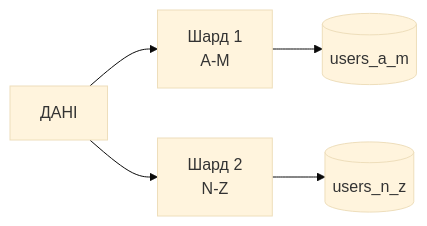
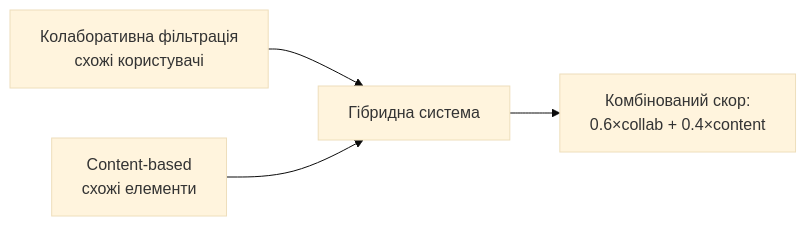
Before and after one commit to olroi421/course-bd: the third of 9 diagrams in presentations/presentation-16.md, drawn with Mermaid (base theme). The commit also changed other lines of this file and 26 other files, not shown here.

````diff
--- a/presentations/presentation-16.md
+++ b/presentations/presentation-16.md
@@ -145,8 +99,6 @@
 ```mermaid
 graph LR
-    A[ДАНІ] --> B[Шард 1<br/>A-M]
-    A --> C[Шард 2<br/>N-Z]
-
-    B --> D[(users_a_m)]
-    C --> E[(users_n_z)]
+    A[Колаборативна фільтрація<br/>схожі користувачі] --> D[Гібридна система]
+    B[Content-based<br/>схожі елементи] --> D
+    D --> E[Комбінований скор:<br/>0.6×collab + 0.4×content]
 ```
````
